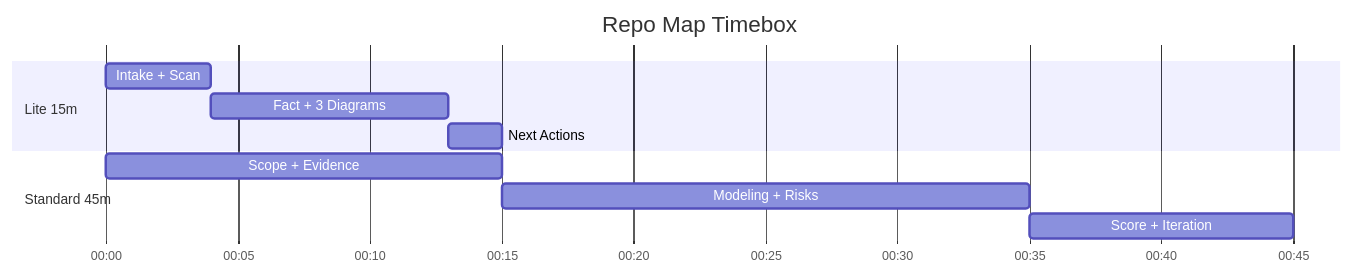
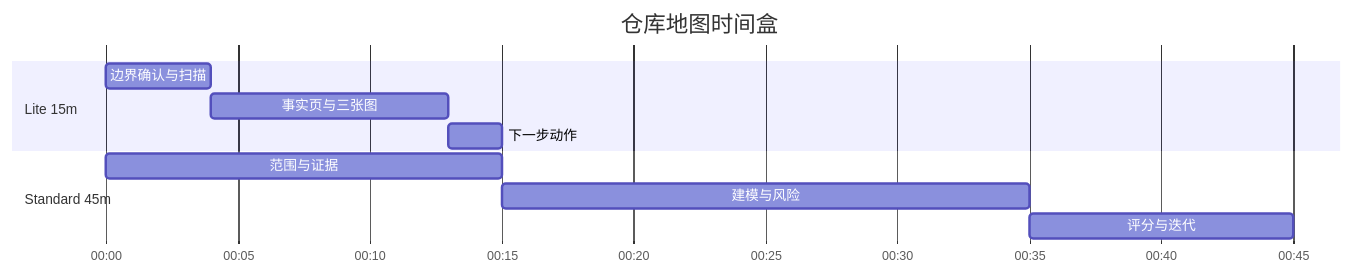
The diagram in templates/08-timebox-playbook.md (WangXianan456/repo-global-map), drawn with Mermaid before and after one commit. The commit also changed other lines of this file and 16 other files, not shown here.

````diff
--- a/templates/08-timebox-playbook.md
+++ b/templates/08-timebox-playbook.md
@@ -5,14 +5,14 @@
 ```mermaid
 gantt
-    title Repo Map Timebox
+    title 仓库地图时间盒
     dateFormat  HH:mm
     axisFormat  %H:%M
     section Lite 15m
-    Intake + Scan       :a1, 00:00, 04m
-    Fact + 3 Diagrams   :a2, after a1, 09m
-    Next Actions        :a3, after a2, 02m
+    边界确认与扫描       :a1, 00:00, 04m
+    事实页与三张图       :a2, after a1, 09m
+    下一步动作           :a3, after a2, 02m
     section Standard 45m
-    Scope + Evidence    :b1, 00:00, 15m
-    Modeling + Risks    :b2, after b1, 20m
-    Score + Iteration   :b3, after b2, 10m
+    范围与证据           :b1, 00:00, 15m
+    建模与风险           :b2, after b1, 20m
+    评分与迭代           :b3, after b2, 10m
 ```
````
